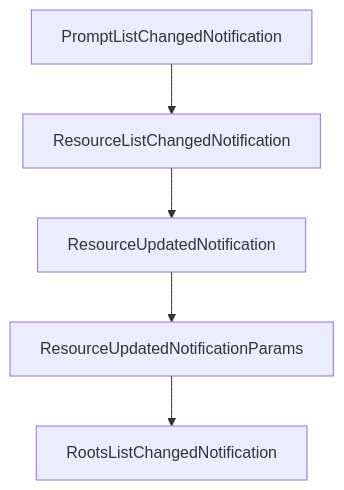
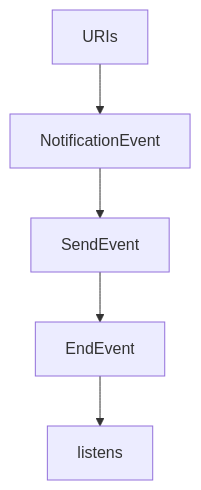
Before and after one commit to johnxie/awesome-code-docs: the diagram in tutorials/mcp-kotlin-sdk-tutorial/07-testing-conformance-and-operational-diagnostics.md, drawn with Mermaid. The commit also changed other lines of this file and 1232 other files, not shown here.

````diff
--- a/tutorials/mcp-kotlin-sdk-tutorial/07-testing-conformance-and-operational-diagnostics.md
+++ b/tutorials/mcp-kotlin-sdk-tutorial/07-testing-conformance-and-operational-diagnostics.md
@@ -214,12 +212,12 @@
 ```mermaid
 flowchart TD
-    A[PromptListChangedNotification]
-    B[ResourceListChangedNotification]
-    C[ResourceUpdatedNotification]
-    D[ResourceUpdatedNotificationParams]
-    E[RootsListChangedNotification]
+    A[URIs]
+    B[NotificationEvent]
+    C[SendEvent]
+    D[EndEvent]
+    E[listens]
     A --> B
     B --> C
     C --> D
     D --> E
 ```
````
